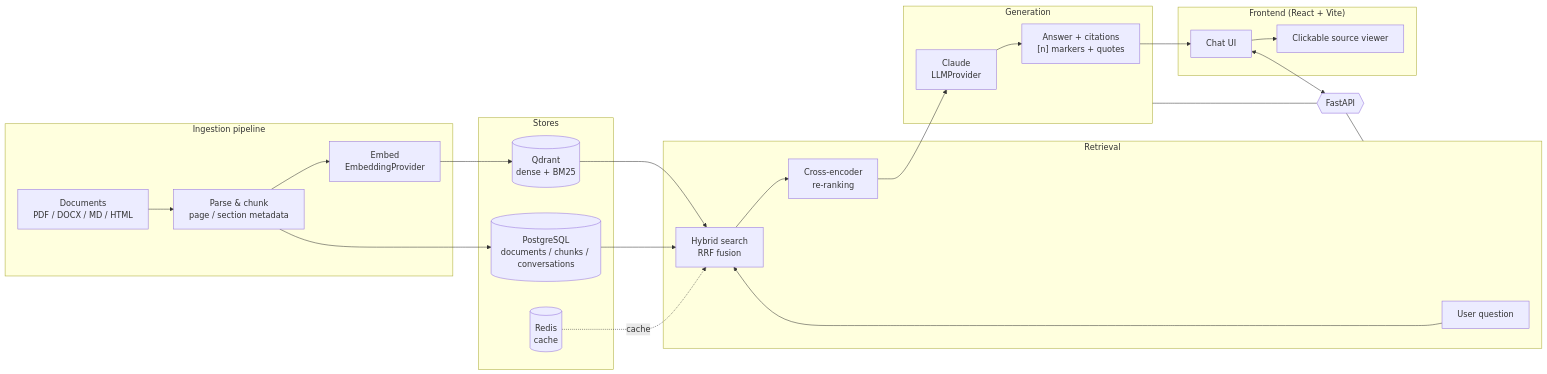
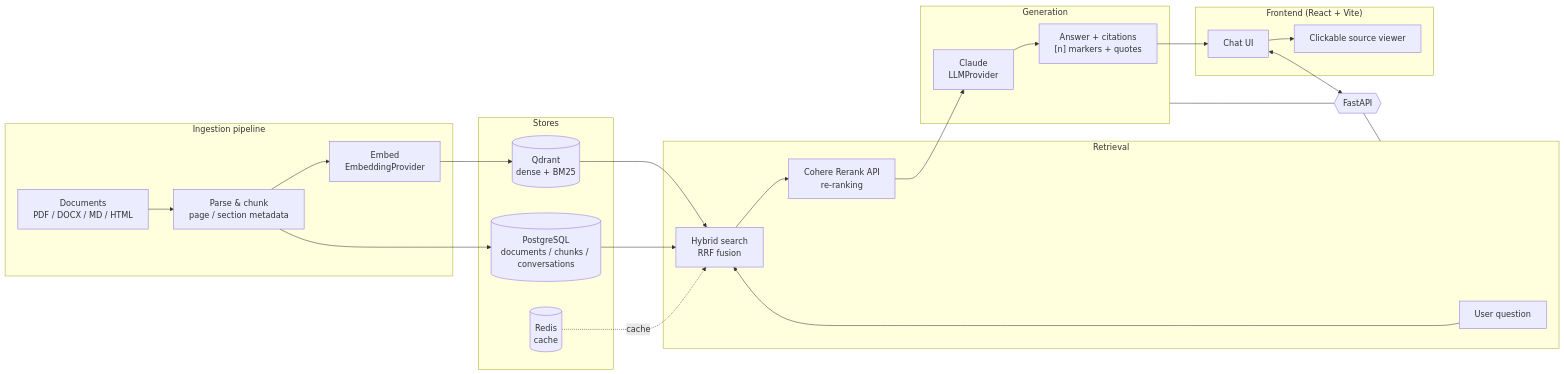
The diagram in README.md (ikergoncalves/RAG), drawn with Mermaid before and after one commit. The commit also changed other lines of this file and 6 other files, not shown here.

First line of the commit message:
docs(retrieval): wire COHERE_API_KEY and document the reranker swap

````diff
--- a/README.md
+++ b/README.md
@@ -56,39 +56,39 @@
 ```mermaid
 flowchart LR
     subgraph Ingestion["Ingestion pipeline"]
         U[Documents<br/>PDF / DOCX / MD / HTML] --> P[Parse & chunk<br/>page / section metadata]
         P --> E[Embed<br/>EmbeddingProvider]
     end
 
     subgraph Stores["Stores"]
         VS[(Qdrant<br/>dense + BM25)]
         PG[(PostgreSQL<br/>documents / chunks / conversations)]
         RD[(Redis<br/>cache)]
     end
 
     E --> VS
     P --> PG
 
     subgraph Retrieval["Retrieval"]
         Q[User question] --> H[Hybrid search<br/>RRF fusion]
-        H --> RR[Cross-encoder<br/>re-ranking]
+        H --> RR[Cohere Rerank API<br/>re-ranking]
     end
 
     VS --> H
     PG --> H
     RD -.cache.-> H
 
     subgraph Generation["Generation"]
         RR --> LLM[Claude<br/>LLMProvider]
         LLM --> ANS["Answer + citations<br/>#91;n#93; markers + quotes"]
     end
 
     subgraph Frontend["Frontend (React + Vite)"]
         ANS --> UI[Chat UI]
         UI --> SRC[Clickable source viewer]
     end
 
     API{{FastAPI}} --- Retrieval
     API --- Generation
     UI <--> API
 ```
````
